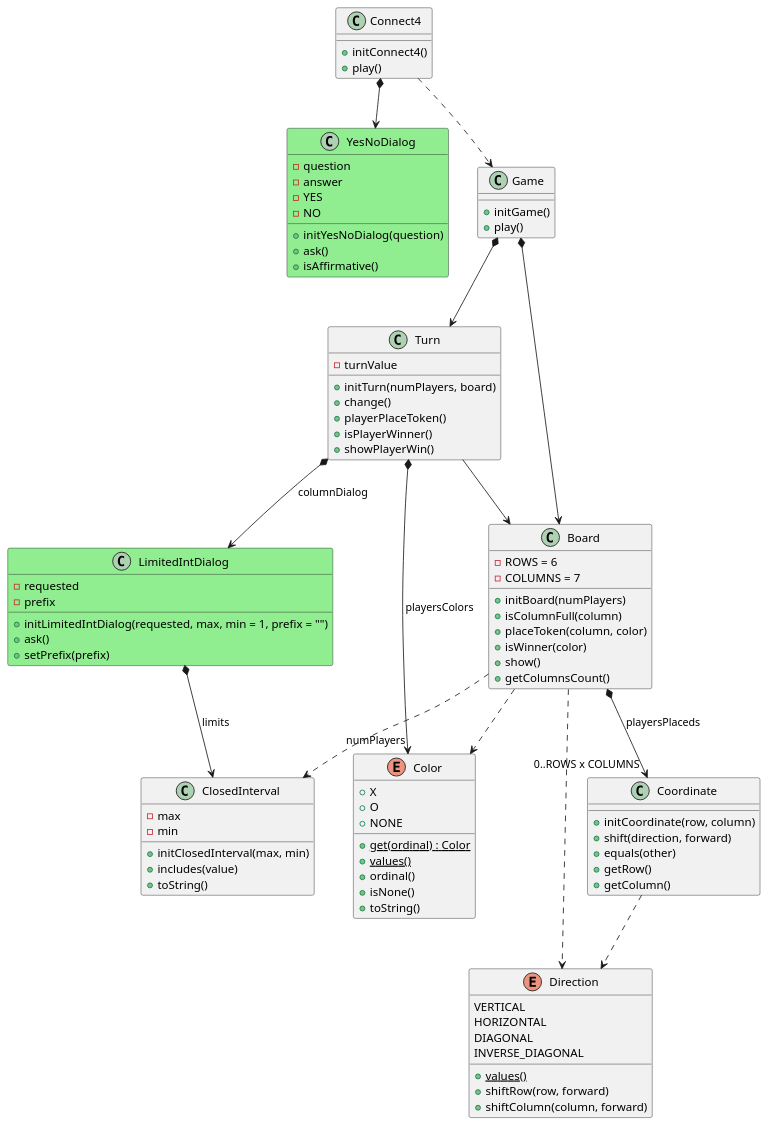
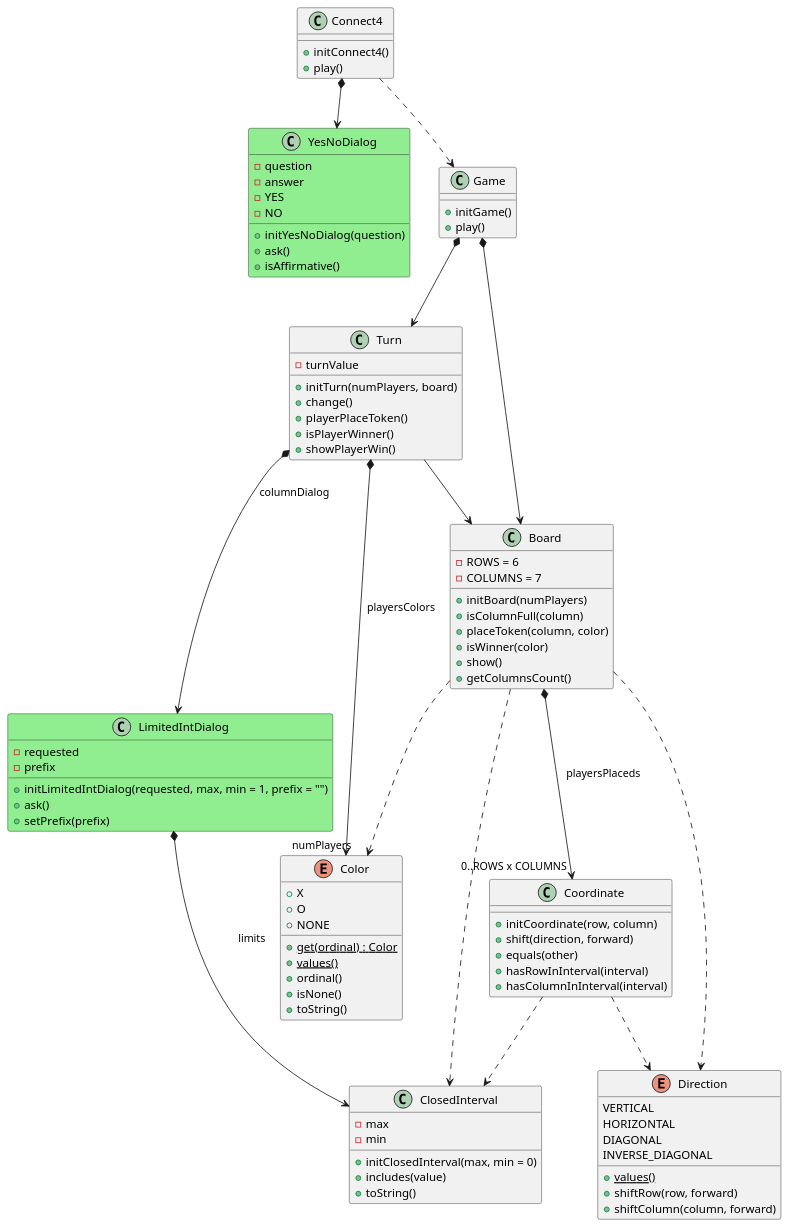
Before and after one commit to PabloMartinFluvia/myGame-connect4: the diagram in docs/dev-resume/src/analysis.plantuml, drawn with PlantUML. The commit also changed 4 other files, not shown here.

```diff
--- a/docs/dev-resume/src/analysis.plantuml
+++ b/docs/dev-resume/src/analysis.plantuml
@@ -1,112 +1,113 @@
 @startuml analysis
 
 class Connect4 {
 
     + initConnect4()
     + play()
 }
 Connect4 *--> YesNoDialog
 Connect4 ..> Game
 
 class Game {     
 
     + initGame()
     + play()
 }
 Game *--> Turn
 Game *--> Board
 
 class Turn {
     - turnValue
 
     + initTurn(numPlayers, board)    
     + change()      
     + playerPlaceToken()        
     + isPlayerWinner()
     + showPlayerWin()
 }
 Turn *--> "numPlayers" Color : playersColors
 Turn *--> LimitedIntDialog : columnDialog
 Turn --> Board
 
 class Board {
     - ROWS = 6
     - COLUMNS = 7
     
     + initBoard(numPlayers)
     + isColumnFull(column)
     + placeToken(column, color)
     + isWinner(color)
     + show()
     + getColumnsCount()
 }
 Board *--> "0..ROWS x COLUMNS" Coordinate : playersPlaceds
 Board ..> ClosedInterval
 Board ..> Direction
 Board ..> Color
 
 class Coordinate {
     + initCoordinate(row, column)
     + shift(direction, forward)
     + equals(other)   
-    + getRow()
-    + getColumn()     
+    + hasRowInInterval(interval)
+    + hasColumnInInterval(interval)
 }
 Coordinate ..> Direction
+Coordinate ..> ClosedInterval
 
 enum Direction {
     VERTICAL
     HORIZONTAL
     DIAGONAL
     INVERSE_DIAGONAL
 
     + {static} values()
     + shiftRow(row, forward)
     + shiftColumn(column, forward)
 }
 
 enum Color {
     + X
     + O   
     + NONE 
 
     + {static} get(ordinal) : Color  
     + {static} values()  
     + ordinal()
     + isNone()
     + toString()
 }
 
 class YesNoDialog #LightGreen {  
     - question
     - answer   
     - YES
     - NO
 
     + initYesNoDialog(question)
     + ask()
     + isAffirmative()
 }
 
 class LimitedIntDialog #LightGreen {
     - requested
     - prefix
     
 
     + initLimitedIntDialog(requested, max, min = 1, prefix = "") 
     + ask()
     + setPrefix(prefix)
 }
 LimitedIntDialog *--> ClosedInterval : limits
 
 class ClosedInterval {
     - max
     - min
 
-    + initClosedInterval(max, min)
+    + initClosedInterval(max, min = 0)
     + includes(value)
     + toString()
 }
 
 
 @enduml
```
